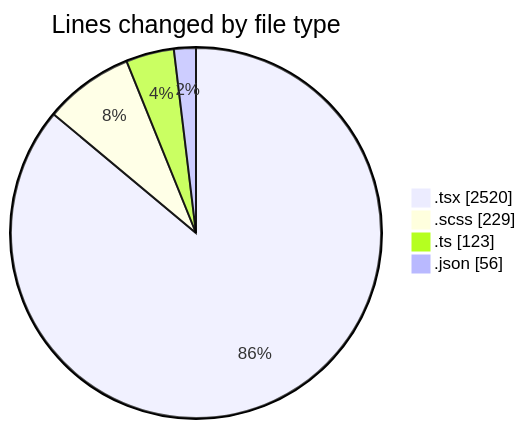
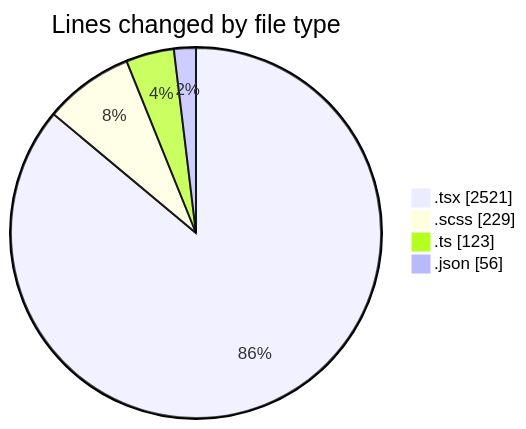
The first of 2 diagrams in 2026-10-30/cda/README.md (momahboobian/code-tracking), drawn with Mermaid before and after one commit. The commit also changed other lines of this file and 1 other file, not shown here.

````diff
--- a/2026-10-30/cda/README.md
+++ b/2026-10-30/cda/README.md
@@ -38,8 +38,8 @@
 ```mermaid
 pie showData
 title Lines changed by file type
-".tsx" : 2520
+".tsx" : 2521
 ".scss" : 229
 ".ts" : 123
 ".json" : 56
 ```
````
